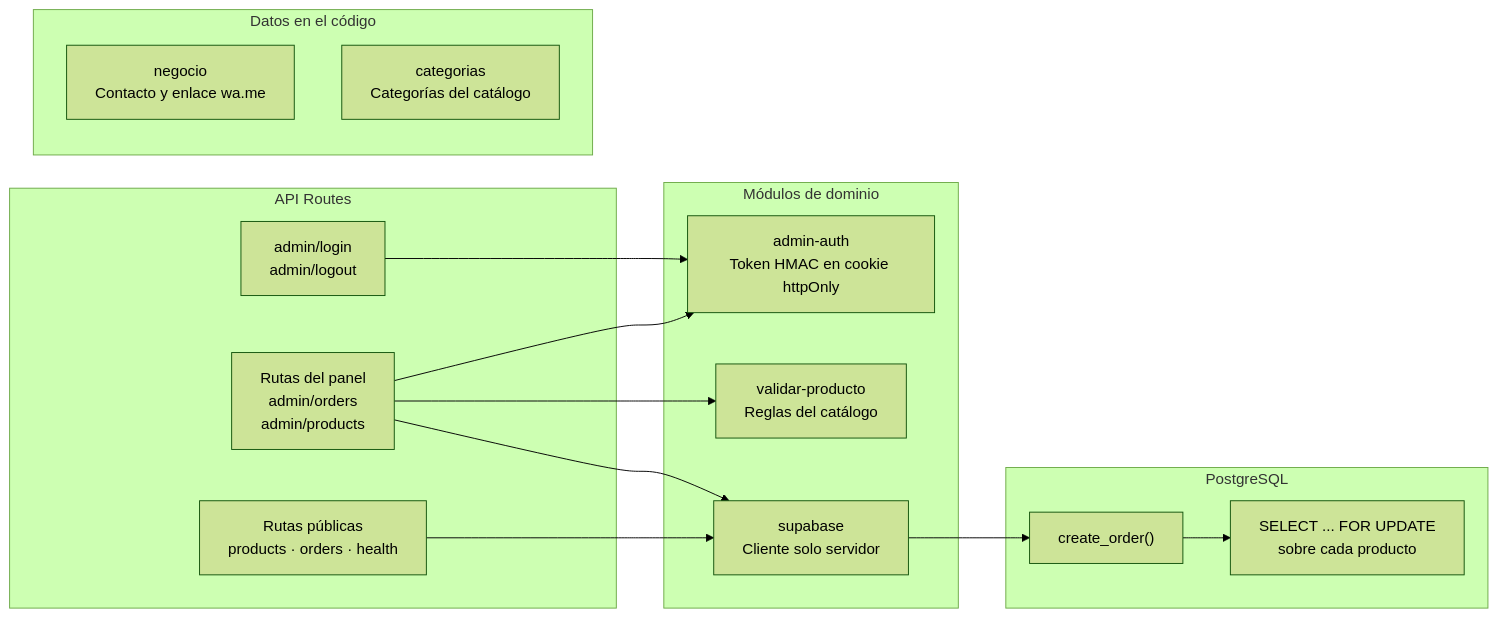
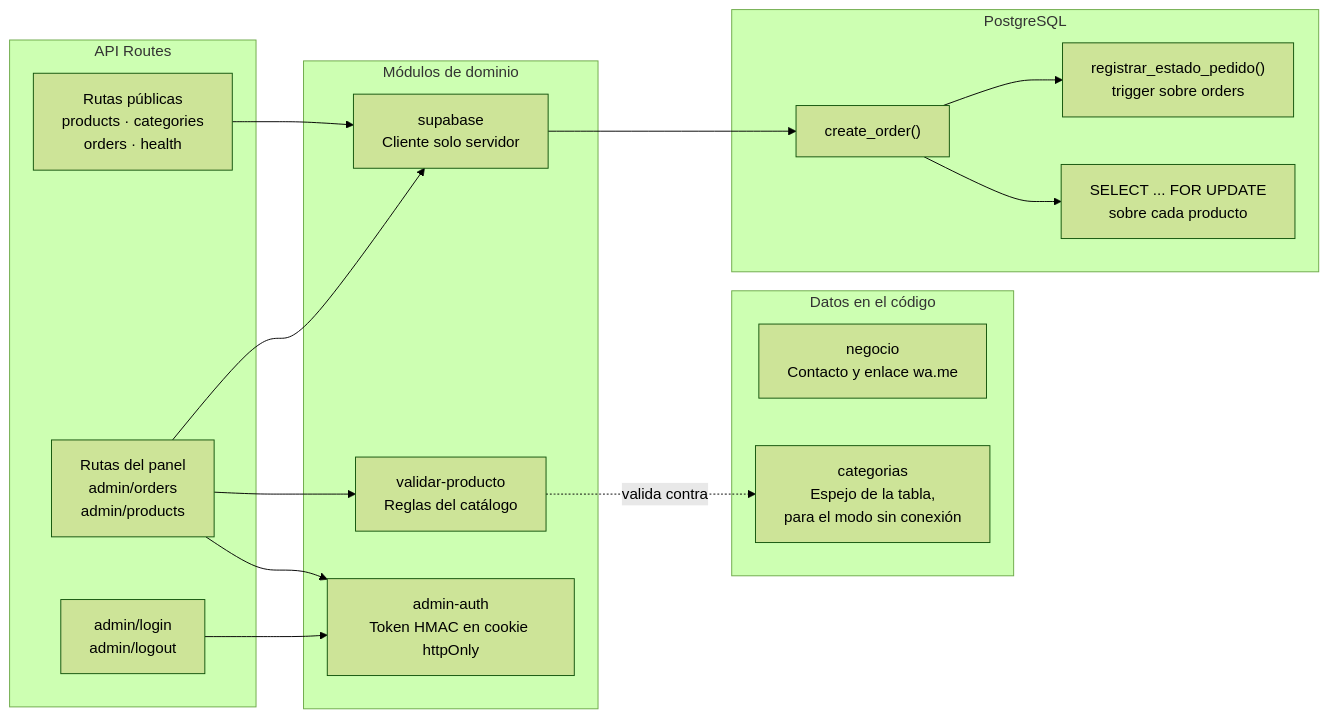
One commit to Alejandro-Paz05/Proyecto_ISW2 changed the third of 7 diagrams in docs/arquitectura.md. Above: the diagram before and after it, drawn with Mermaid (forest theme). The commit also changed other lines of this file and 2 other files, not shown here.

First line of the commit message:
docs(arquitectura): reflejar las dos tablas nuevas en el modelo y los diagramas

````diff
--- a/docs/arquitectura.md
+++ b/docs/arquitectura.md
@@ -98,32 +98,35 @@
 ```mermaid
 flowchart LR
     subgraph rutas["API Routes"]
-        publicas["Rutas públicas<br/>products · orders · health"]
+        publicas["Rutas públicas<br/>products · categories<br/>orders · health"]
         privadas["Rutas del panel<br/>admin/orders<br/>admin/products"]
         login["admin/login<br/>admin/logout"]
     end
 
     subgraph modulos["Módulos de dominio"]
         auth["admin-auth<br/>Token HMAC en cookie httpOnly"]
         validar["validar-producto<br/>Reglas del catálogo"]
         cliente["supabase<br/>Cliente solo servidor"]
     end
 
     subgraph estaticos["Datos en el código"]
         negocio["negocio<br/>Contacto y enlace wa.me"]
-        categorias["categorias<br/>Categorías del catálogo"]
+        categorias["categorias<br/>Espejo de la tabla,<br/>para el modo sin conexión"]
     end
 
     subgraph base["PostgreSQL"]
         co["create_order()"]
         lock["SELECT ... FOR UPDATE<br/>sobre cada producto"]
+        trig["registrar_estado_pedido()<br/>trigger sobre orders"]
     end
 
     publicas --> cliente
     privadas --> auth
     privadas --> validar
     privadas --> cliente
     login --> auth
+    validar -.->|"valida contra"| categorias
     cliente --> co
     co --> lock
+    co --> trig
 ```
````
